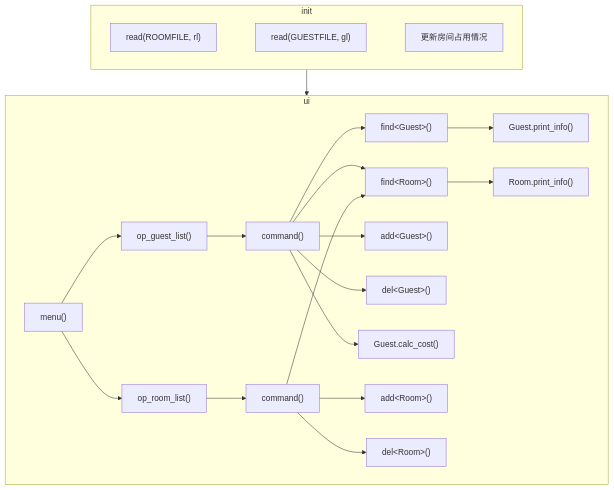
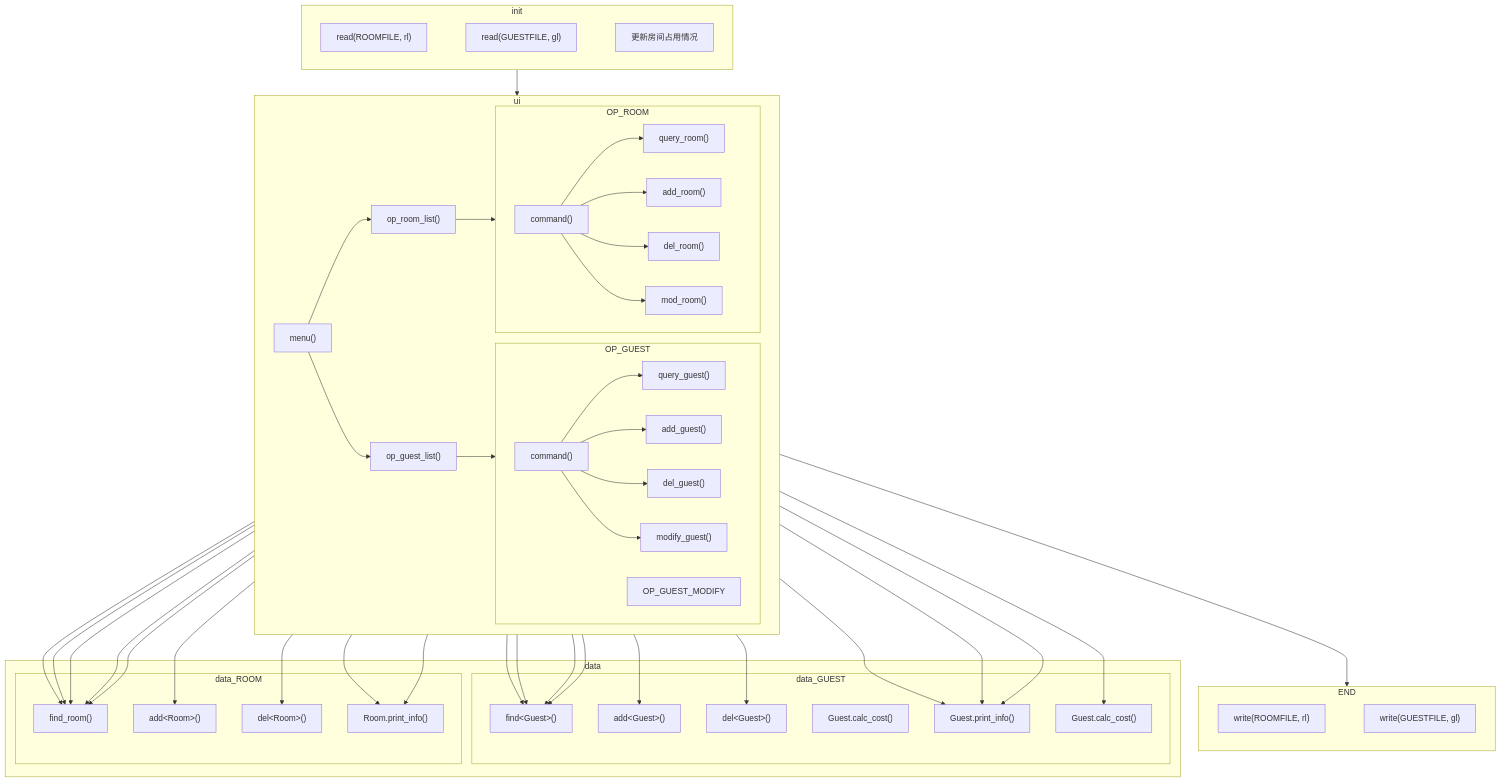
One commit to 456E646572/hotel-management-system changed the third of 3 diagrams in README.md. Above: the diagram before and after it, drawn with Mermaid. The commit also changed other lines of this file and 1 other file, not shown here.

Commit message:
主要是修改了一下函数调用示意图，main.cpp里面复用了一次guest.calc_cost()，然后找到一处可能的bug留待讨论

````diff
--- a/README.md
+++ b/README.md
@@ -125,29 +125,86 @@
 ```mermaid
 flowchart TD
     subgraph init
-        direction LR
         READ1["`read<Room>(ROOMFILE, rl)`"]~~~READ2["`read<Guest>(GUESTFILE, gl)`"]~~~SET[更新房间占用情况]
+    end
+
+    subgraph END
+        WRITE1["`write<Room>(ROOMFILE, rl)`"]~~~WRITE2["`write<Guest>(GUESTFILE, gl)`"]
+    end
+
+    subgraph data_GUEST
+        GUEST_QUERY["`find&lt;Guest&gt;()`"]
+        GUEST_ADD["`add&lt;Guest&gt;()`"]
+        GUEST_DEL["`del&lt;Guest&gt;()`"]
+        GUEST_MOD["`Guest.calc_cost()`"]
+        GUEST_INFO["`Guest.print_info()`"]
+        GUEST_CALC["`Guest.calc_cost()`"]
+    end
+
+    subgraph data_ROOM
+        ROOM_QUERY["`find&lt;Room&gt;()`"]
+        ROOM_ADD["`add&lt;Room&gt;()`"]
+        ROOM_DEL["`del&lt;Room&gt;()`"]
+        ROOM_QUERY["`find_room()`"]
+        ROOM_INFO["`Room.print_info()`"]
+    end
+
+    subgraph data
+        data_GUEST
+        data_ROOM
+    end
+
+    subgraph OP_GUEST
+        COMMAND1["`command()`"]
+        COMMAND1-->OP_GUEST_QUERY["`query_guest()`"]
+        COMMAND1-->OP_GUEST_ADD["`add_guest()`"]
+        COMMAND1-->OP_GUEST_DEL["`del_guest()`"]
+        COMMAND1-->OP_GUEST_MOD["`modify_guest()`"]
+
+        OP_GUEST_QUERY-->GUEST_QUERY
+        OP_GUEST_QUERY-->GUEST_INFO
+        
+        OP_GUEST_ADD-->GUEST_QUERY
+        OP_GUEST_ADD-->GUEST_ADD
+        OP_GUEST_ADD-->GUEST_INFO
+
+        OP_GUEST_DEL-->GUEST_QUERY
+        OP_GUEST_DEL-->GUEST_DEL
+
+        OP_GUEST_MODIFY-->GUEST_QUERY
+        OP_GUEST_MODIFY-->ROOM_QUERY
+        OP_GUEST_MODIFY-->GUEST_CALC
+        OP_GUEST_MODIFY-->GUEST_INFO
+    end
+
+    subgraph OP_ROOM
+        COMMAND2["`command()`"]
+        COMMAND2-->OP_ROOM_QUERY["`query_room()`"]
+        COMMAND2-->OP_ROOM_ADD["`add_room()`"]
+        COMMAND2-->OP_ROOM_DEL["`del_room()`"]
+        COMMAND2-->OP_ROOM_MOD["`mod_room()`"]
+
+        OP_ROOM_QUERY-->ROOM_QUERY
+        OP_ROOM_QUERY-->ROOM_INFO
+        
+        OP_ROOM_ADD-->ROOM_QUERY
+        OP_ROOM_ADD-->ROOM_ADD
+
+        OP_ROOM_DEL-->ROOM_QUERY
+        OP_ROOM_DEL-->ROOM_DEL
+
+        OP_ROOM_MOD-->ROOM_QUERY
+        OP_ROOM_MOD-->ROOM_INFO
     end
 
     subgraph ui
         direction LR
         MENU["`menu()`"]-->OP1["`op_guest_list()`"]
         MENU-->OP2["`op_room_list()`"]
-
-        OP1-->COMMAND1["`command()`"]
-        COMMAND1-->GUEST_QUERY["`find&lt;Guest&gt;()`"]
-        COMMAND1-->ROOM_QUERY["`find_room()`"]
-        COMMAND1-->GUEST_ADD["`add&lt;Guest&gt;()`"]
-        COMMAND1-->GUEST_DEL["`del&lt;Guest&gt;()`"]
-        COMMAND1-->GUEST_MOD["`Guest.calc_cost()`"]
-        GUEST_QUERY-->GUEST_INFO["`Guest.print_info()`"]
-
-        OP2-->COMMAND2["`command()`"]
-        COMMAND2-->ROOM_QUERY["`find&lt;Room&gt;()`"]
-        COMMAND2-->ROOM_ADD["`add&lt;Room&gt;()`"]
-        COMMAND2-->ROOM_DEL["`del&lt;Room&gt;()`"]
-        ROOM_QUERY-->ROOM_INFO["`Room.print_info()`"]
+        OP1-->OP_GUEST
+        OP2-->OP_ROOM
     end
 
     init-->ui
+    ui-->END
 ```
````
